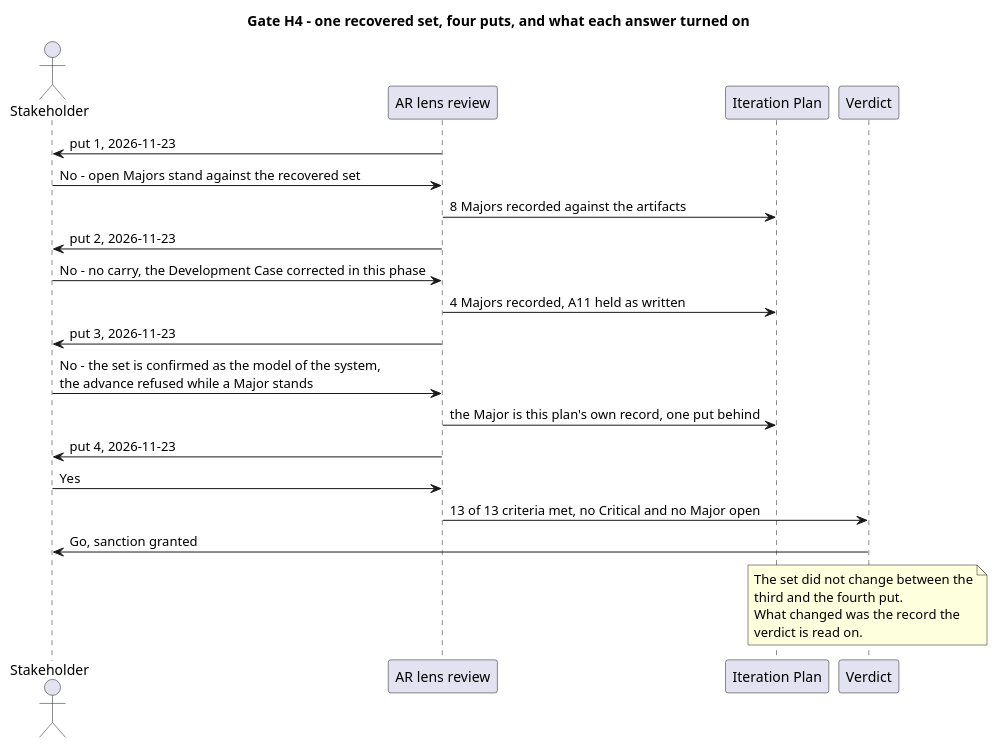
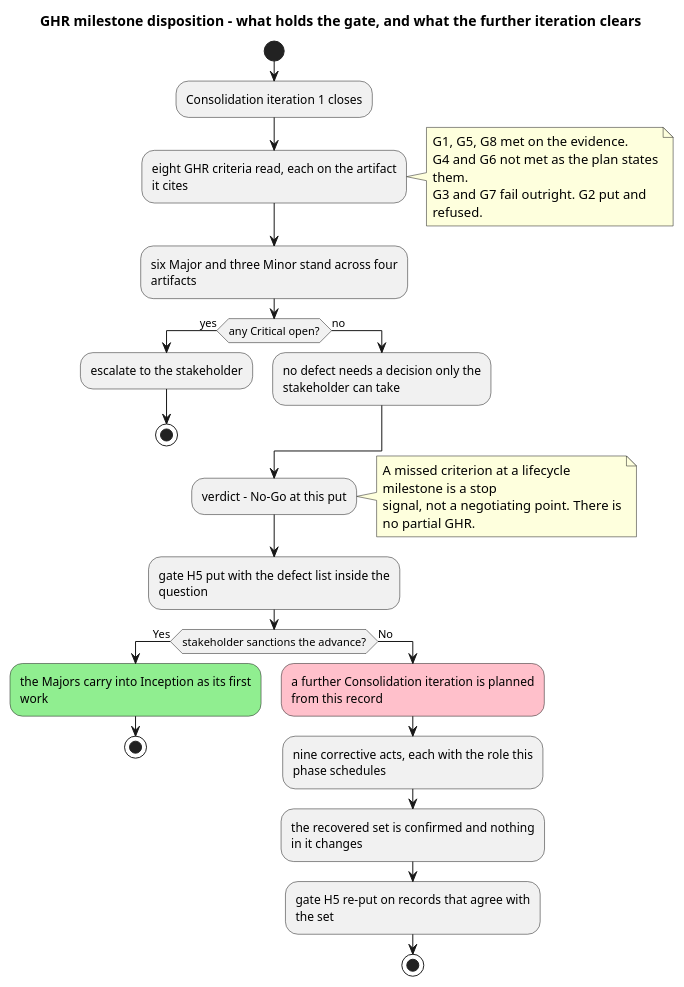
Before and after one commit to banense-test/TodoApp: the tenth of 13 diagrams in docs/artifacts/project-management/review-record.md, drawn with PlantUML. The commit also changed other lines of this file, not shown here.

First line of the commit message:
Management Reviewer [Consolidation1]: upsert Review Record

````diff
--- a/docs/artifacts/project-management/review-record.md
+++ b/docs/artifacts/project-management/review-record.md
@@ -915,29 +915,42 @@
 ```plantuml
 @startuml
-title Gate H4 - one recovered set, four puts, and what each answer turned on
+title GHR milestone disposition - what holds the gate, and what the further iteration clears
 skinparam shadowing false
-skinparam wrapWidth 235
-actor Stakeholder as SH
-participant "AR lens review" as LR
-participant "Iteration Plan" as PL
-participant "Verdict" as VD
+skinparam wrapWidth 250
 
-LR -> SH : put 1, 2026-11-23
-SH -> LR : No - open Majors stand against the recovered set
-LR -> PL : 8 Majors recorded against the artifacts
-LR -> SH : put 2, 2026-11-23
-SH -> LR : No - no carry, the Development Case corrected in this phase
-LR -> PL : 4 Majors recorded, A11 held as written
-LR -> SH : put 3, 2026-11-23
-SH -> LR : No - the set is confirmed as the model of the system,\nthe advance refused while a Major stands
-LR -> PL : the Major is this plan's own record, one put behind
-LR -> SH : put 4, 2026-11-23
-SH -> LR : Yes
-LR -> VD : 13 of 13 criteria met, no Critical and no Major open
-VD -> SH : Go, sanction granted
-note over VD
-  The set did not change between the third and the fourth put.
-  What changed was the record the verdict is read on.
+start
+:Consolidation iteration 1 closes;
+:eight GHR criteria read, each on the artifact it cites;
+note right
+  G1, G5, G8 met on the evidence.
+  G4 and G6 not met as the plan states them.
+  G3 and G7 fail outright. G2 put and refused.
 end note
+
+:six Major and three Minor stand across four artifacts;
+if (any Critical open?) then (yes)
+  :escalate to the stakeholder;
+  stop
+else (no)
+  :no defect needs a decision only the stakeholder can take;
+endif
+
+:verdict - No-Go at this put;
+note right
+  A missed criterion at a lifecycle milestone is a stop
+  signal, not a negotiating point. There is no partial GHR.
+end note
+
+:gate H5 put with the defect list inside the question;
+if (stakeholder sanctions the advance?) then (Yes)
+  #lightgreen:the Majors carry into Inception as its first work;
+  stop
+else (No)
+  #pink:a further Consolidation iteration is planned from this record;
+  :nine corrective acts, each with the role this phase schedules;
+  :the recovered set is confirmed and nothing in it changes;
+  :gate H5 re-put on records that agree with the set;
+  stop
+endif
 @enduml
 ```
````
